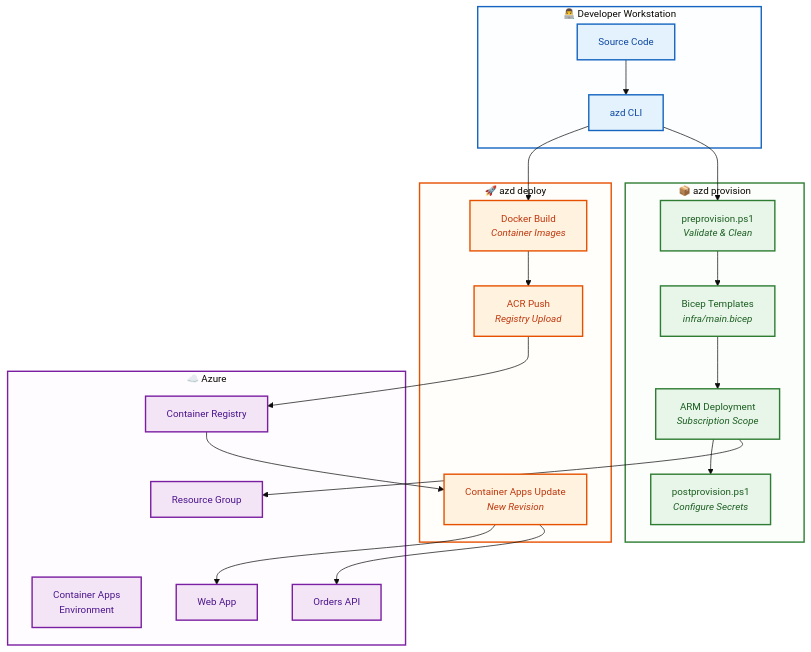
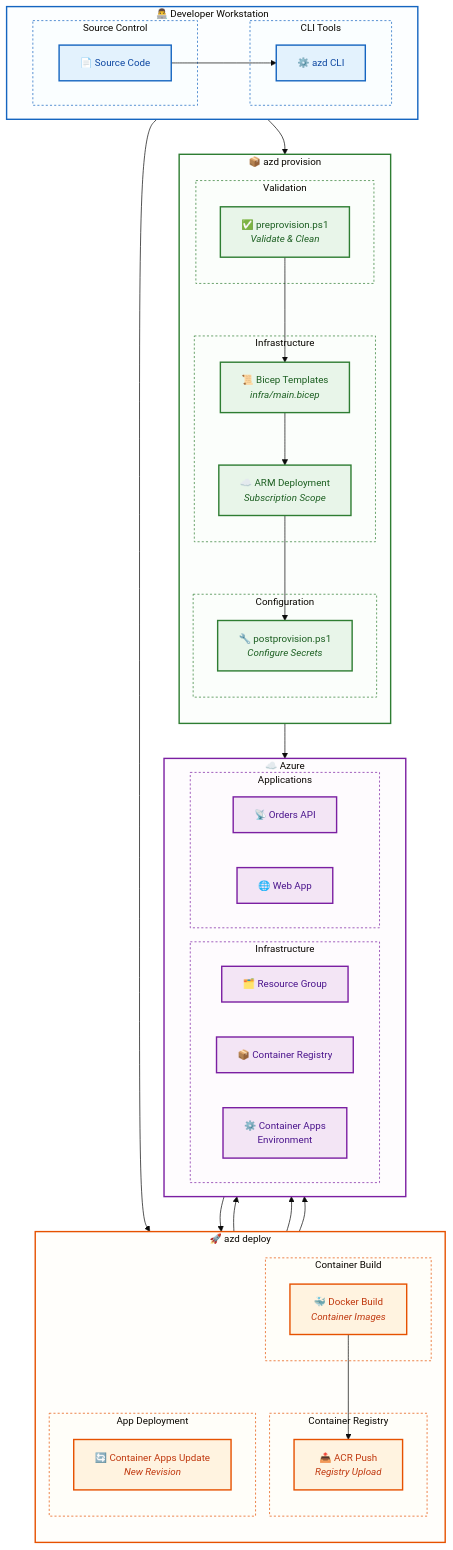
The first of 4 diagrams in docs/architecture/07-deployment-architecture.md (Evilazaro/Azure-LogicApps-Monitoring), drawn with Mermaid before and after one commit. The commit also changed other lines of this file, not shown here.

Commit message:
Refactor deployment architecture diagram with improved subgraph organization and styling for enhanced clarity and visual grouping

````diff
--- a/docs/architecture/07-deployment-architecture.md
+++ b/docs/architecture/07-deployment-architecture.md
@@ -26,29 +26,53 @@
 %%{init: {'theme': 'base', 'themeVariables': { 'fontSize': '14px'}}}%%
 flowchart TB
     subgraph Developer["👨‍💻 Developer Workstation"]
-        Code["Source Code"]
-        AZD["azd CLI"]
+        direction LR
+        subgraph SourceControl["Source Control"]
+            Code["📄 Source Code"]
+        end
+        subgraph CLI["CLI Tools"]
+            AZD["⚙️ azd CLI"]
+        end
     end
 
     subgraph Provision["📦 azd provision"]
-        PreHook["preprovision.ps1<br/><i>Validate & Clean</i>"]
-        Bicep["Bicep Templates<br/><i>infra/main.bicep</i>"]
-        ARM["ARM Deployment<br/><i>Subscription Scope</i>"]
-        PostHook["postprovision.ps1<br/><i>Configure Secrets</i>"]
+        direction TB
+        subgraph Validation["Validation"]
+            PreHook["✅ preprovision.ps1<br/><i>Validate & Clean</i>"]
+        end
+        subgraph Infrastructure["Infrastructure"]
+            Bicep["📜 Bicep Templates<br/><i>infra/main.bicep</i>"]
+            ARM["☁️ ARM Deployment<br/><i>Subscription Scope</i>"]
+        end
+        subgraph Configuration["Configuration"]
+            PostHook["🔧 postprovision.ps1<br/><i>Configure Secrets</i>"]
+        end
     end
 
     subgraph Deploy["🚀 azd deploy"]
-        Build["Docker Build<br/><i>Container Images</i>"]
-        Push["ACR Push<br/><i>Registry Upload</i>"]
-        Update["Container Apps Update<br/><i>New Revision</i>"]
+        direction TB
+        subgraph ContainerBuild["Container Build"]
+            Build["🐳 Docker Build<br/><i>Container Images</i>"]
+        end
+        subgraph ContainerRegistry["Container Registry"]
+            Push["📤 ACR Push<br/><i>Registry Upload</i>"]
+        end
+        subgraph AppDeployment["App Deployment"]
+            Update["🔄 Container Apps Update<br/><i>New Revision</i>"]
+        end
     end
 
     subgraph Azure["☁️ Azure"]
-        RG["Resource Group"]
-        ACR["Container Registry"]
-        CAE["Container Apps<br/>Environment"]
-        API["Orders API"]
-        Web["Web App"]
+        direction LR
+        subgraph AzureInfra["Infrastructure"]
+            RG["🗂️ Resource Group"]
+            ACR["📦 Container Registry"]
+            CAE["⚙️ Container Apps<br/>Environment"]
+        end
+        subgraph AzureApps["Applications"]
+            API["📡 Orders API"]
+            Web["🌐 Web App"]
+        end
     end
 
     Code --> AZD
@@ -81,4 +105,14 @@
     style Provision fill:#e8f5e922,stroke:#2e7d32,stroke-width:2px
     style Deploy fill:#fff3e022,stroke:#e65100,stroke-width:2px
     style Azure fill:#f3e5f522,stroke:#7b1fa2,stroke-width:2px
+    style SourceControl fill:#e3f2fd11,stroke:#1565c0,stroke-width:1px,stroke-dasharray:3
+    style CLI fill:#e3f2fd11,stroke:#1565c0,stroke-width:1px,stroke-dasharray:3
+    style Validation fill:#e8f5e911,stroke:#2e7d32,stroke-width:1px,stroke-dasharray:3
+    style Infrastructure fill:#e8f5e911,stroke:#2e7d32,stroke-width:1px,stroke-dasharray:3
+    style Configuration fill:#e8f5e911,stroke:#2e7d32,stroke-width:1px,stroke-dasharray:3
+    style ContainerBuild fill:#fff3e011,stroke:#e65100,stroke-width:1px,stroke-dasharray:3
+    style ContainerRegistry fill:#fff3e011,stroke:#e65100,stroke-width:1px,stroke-dasharray:3
+    style AppDeployment fill:#fff3e011,stroke:#e65100,stroke-width:1px,stroke-dasharray:3
+    style AzureInfra fill:#f3e5f511,stroke:#7b1fa2,stroke-width:1px,stroke-dasharray:3
+    style AzureApps fill:#f3e5f511,stroke:#7b1fa2,stroke-width:1px,stroke-dasharray:3
 ```
````
